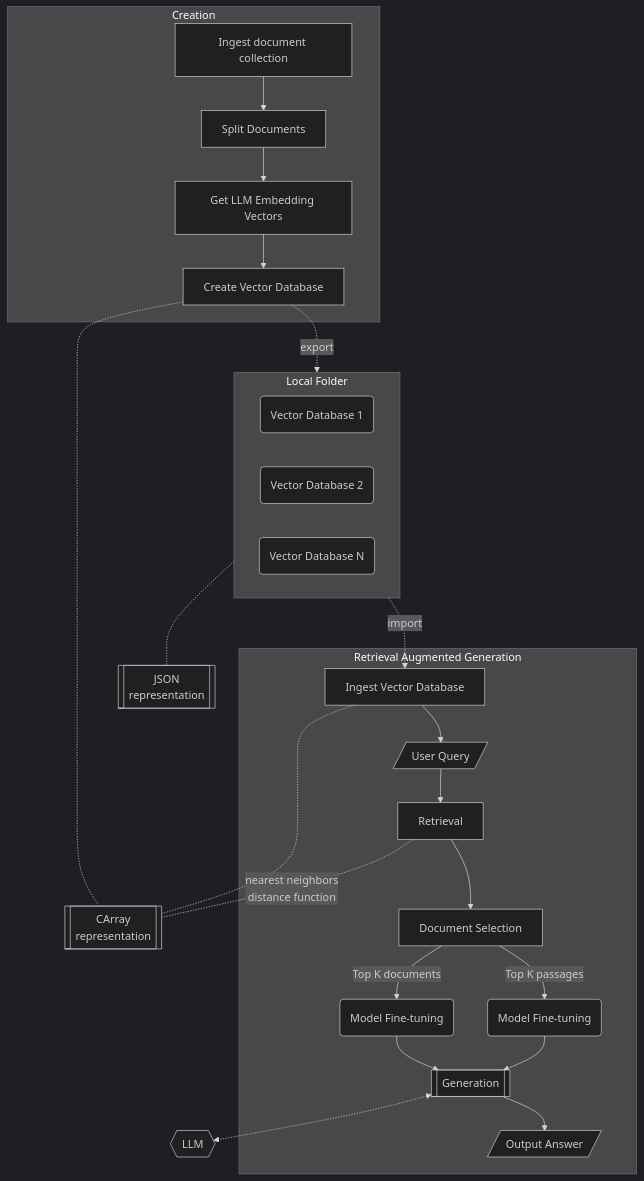
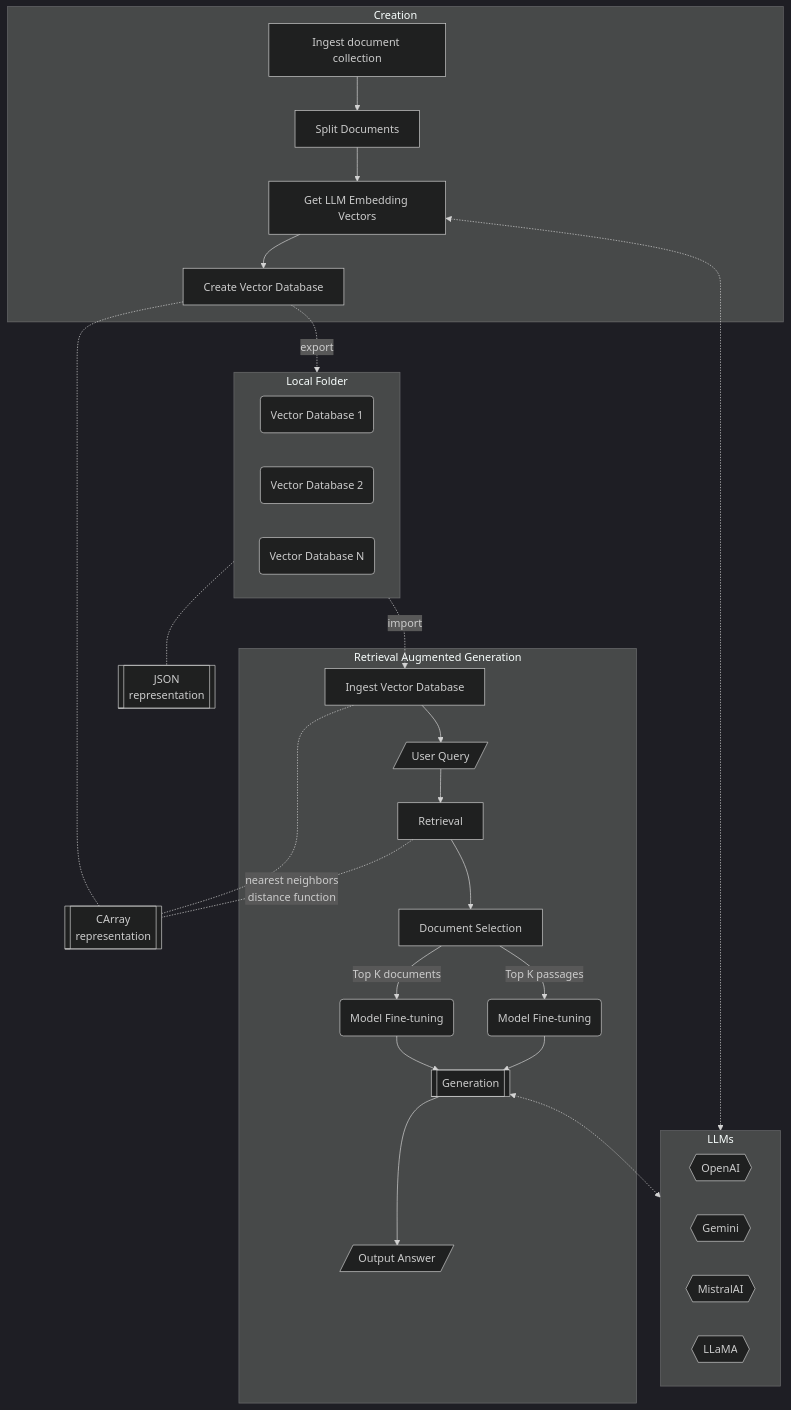
One commit to antononcube/Raku-LLM-RetrievalAugmentedGeneration changed the diagram in README.md. Above: the diagram before and after it, drawn with Mermaid (dark theme).

Commit message:
docs:Better component diagram.

````diff
--- a/README.md
+++ b/README.md
@@ -60,51 +60,61 @@
 ```mermaid
 flowchart TD
     subgraph LocalVDB[Local Folder]
         A(Vector Database 1)
         B(Vector Database 2)
         C(Vector Database N)
     end
     ID[Ingest document collection]
     SD[Split Documents]
     EV[Get LLM Embedding Vectors]
     CD[Create Vector Database]
     ID --> SD --> EV --> CD
 
+    EV <-.-> LLMs
+    
     CD -.- CArray[[CArray<br>representation]]
 
     CD -.-> |export| LocalVDB
 
     subgraph Creation
         ID
         SD
         EV
         CD
     end
 
     LocalVDB -.- JSON[[JSON<br>representation]]
 
     LocalVDB -.-> |import|D[Ingest Vector Database]
  
     D -.- CArray
     F -.- |nearest neighbors<br>distance function|CArray
     D --> E
     E[/User Query/] --> F[Retrieval]
     F --> G[Document Selection]
     G -->|Top K documents| H(Model Fine-tuning)
     H --> I[[Generation]]
-    I <-.-> LLM{{LLM}}
+    I <-.-> LLMs
     I -->J[/Output Answer/]
     G -->|Top K passages| K(Model Fine-tuning)
     K --> I
 
     subgraph RAG[Retrieval Augmented Generation]
         D 
         E
         F
         G
         H
         I
         J
         K
     end
+    
+    subgraph LLMs
+        direction LR
+        OpenAI{{OpenAI}}
+        Gemini{{Gemini}}
+        MistralAI{{MistralAI}}
+        LLaMA{{LLaMA}}
+    end
 ```
````
